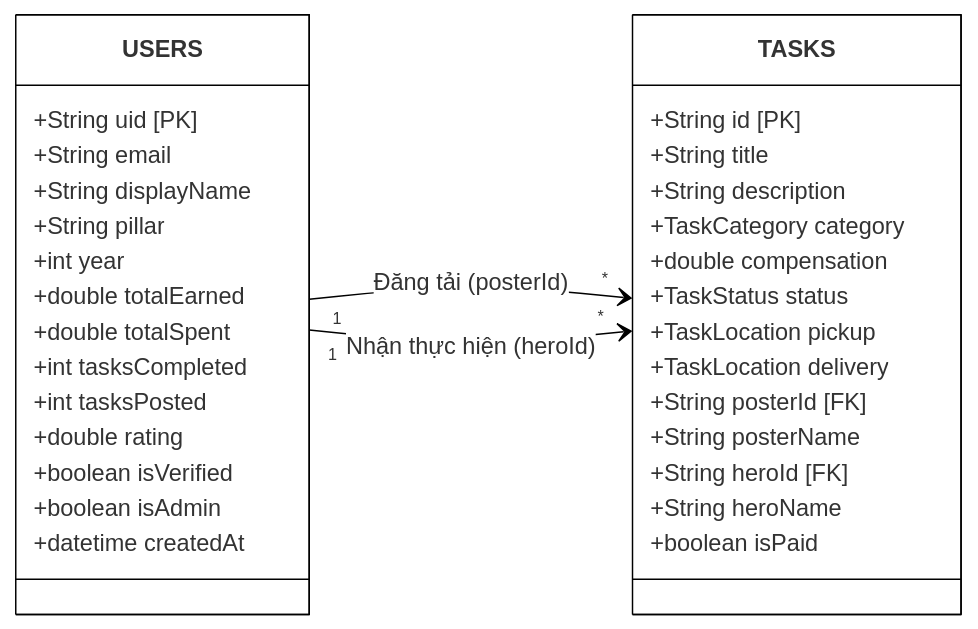
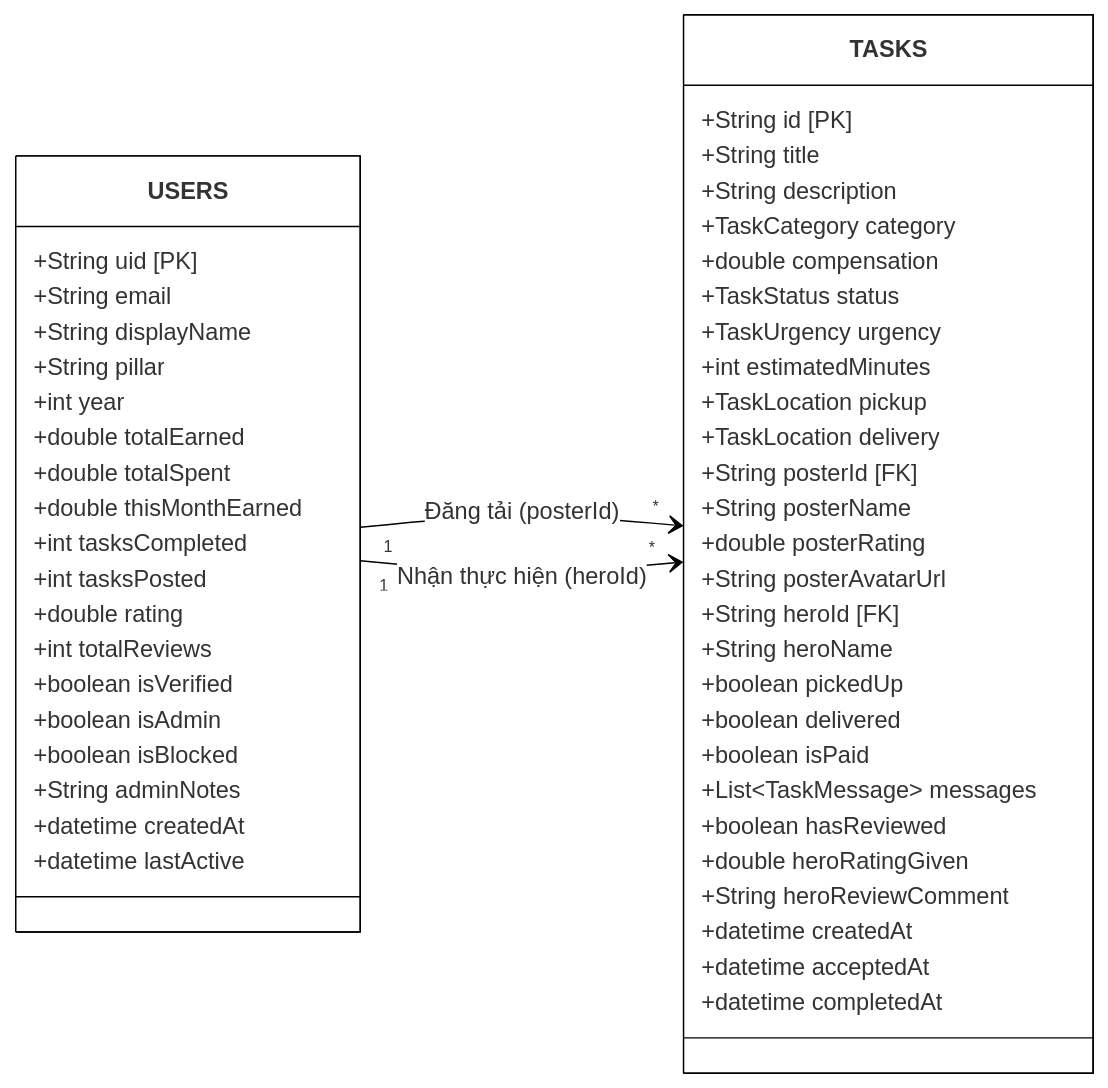
The diagram in Database_ERD.md (nguyenhung2k5/Mobile_App), drawn with Mermaid before and after one commit. The commit also changed other lines of this file and 6 other files, not shown here.

````diff
--- a/Database_ERD.md
+++ b/Database_ERD.md
@@ -9,39 +9,57 @@
 ```mermaid
 %%{init: {'theme':'base', 'themeVariables': {'primaryColor':'#ffffff', 'primaryBorderColor':'#000000', 'lineColor':'#000000'}}}%%
 classDiagram
     direction LR
     class USERS {
         +String uid [PK]
         +String email
         +String displayName
         +String pillar
         +int year
         +double totalEarned
         +double totalSpent
+        +double thisMonthEarned
         +int tasksCompleted
         +int tasksPosted
         +double rating
+        +int totalReviews
         +boolean isVerified
         +boolean isAdmin
+        +boolean isBlocked
+        +String adminNotes
         +datetime createdAt
+        +datetime lastActive
     }
 
     class TASKS {
         +String id [PK]
         +String title
         +String description
         +TaskCategory category
         +double compensation
         +TaskStatus status
+        +TaskUrgency urgency
+        +int estimatedMinutes
         +TaskLocation pickup
         +TaskLocation delivery
         +String posterId [FK]
         +String posterName
+        +double posterRating
+        +String posterAvatarUrl
         +String heroId [FK]
         +String heroName
+        +boolean pickedUp
+        +boolean delivered
         +boolean isPaid
+        +List~TaskMessage~ messages
+        +boolean hasReviewed
+        +double heroRatingGiven
+        +String heroReviewComment
+        +datetime createdAt
+        +datetime acceptedAt
+        +datetime completedAt
     }
 
     USERS "1" --> "*" TASKS : Đăng tải (posterId)
     USERS "1" --> "*" TASKS : Nhận thực hiện (heroId)
 ```
````
